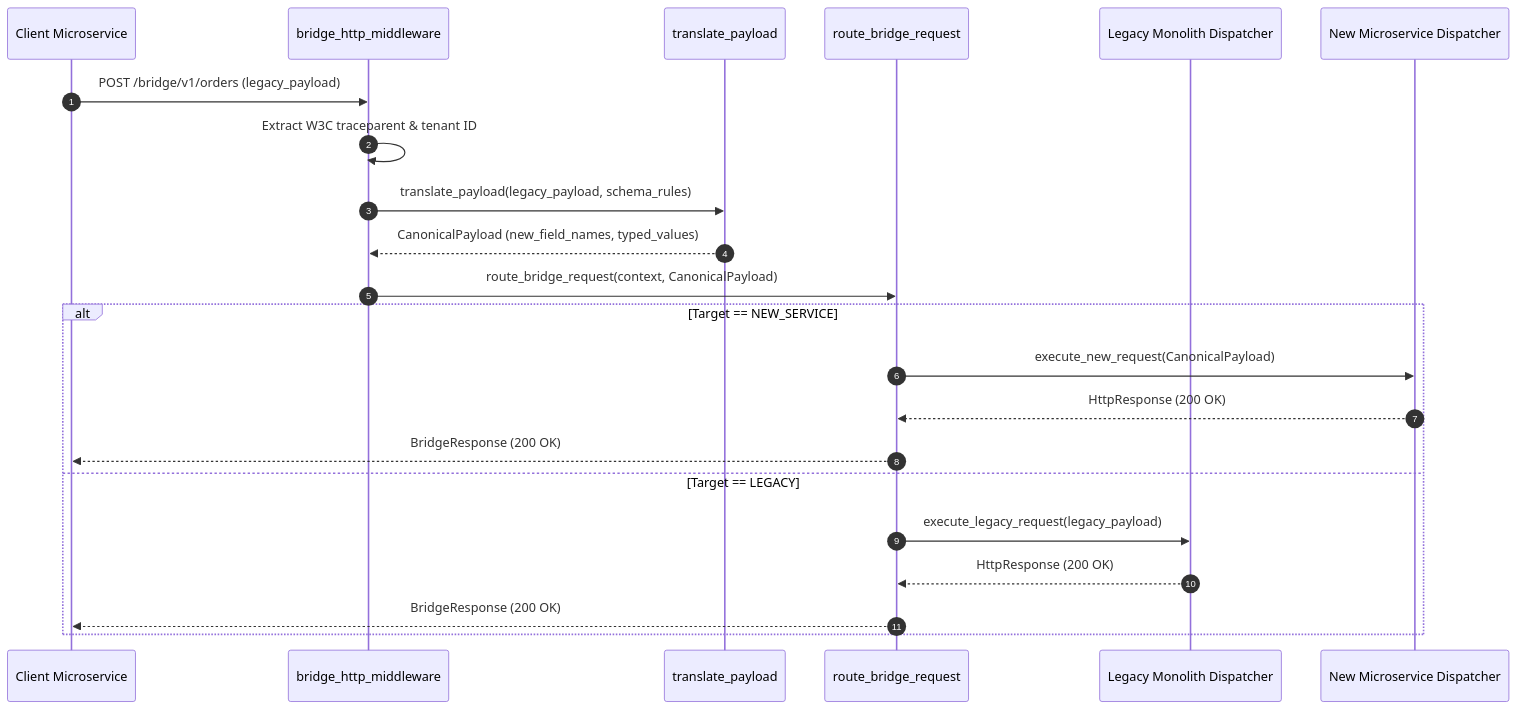
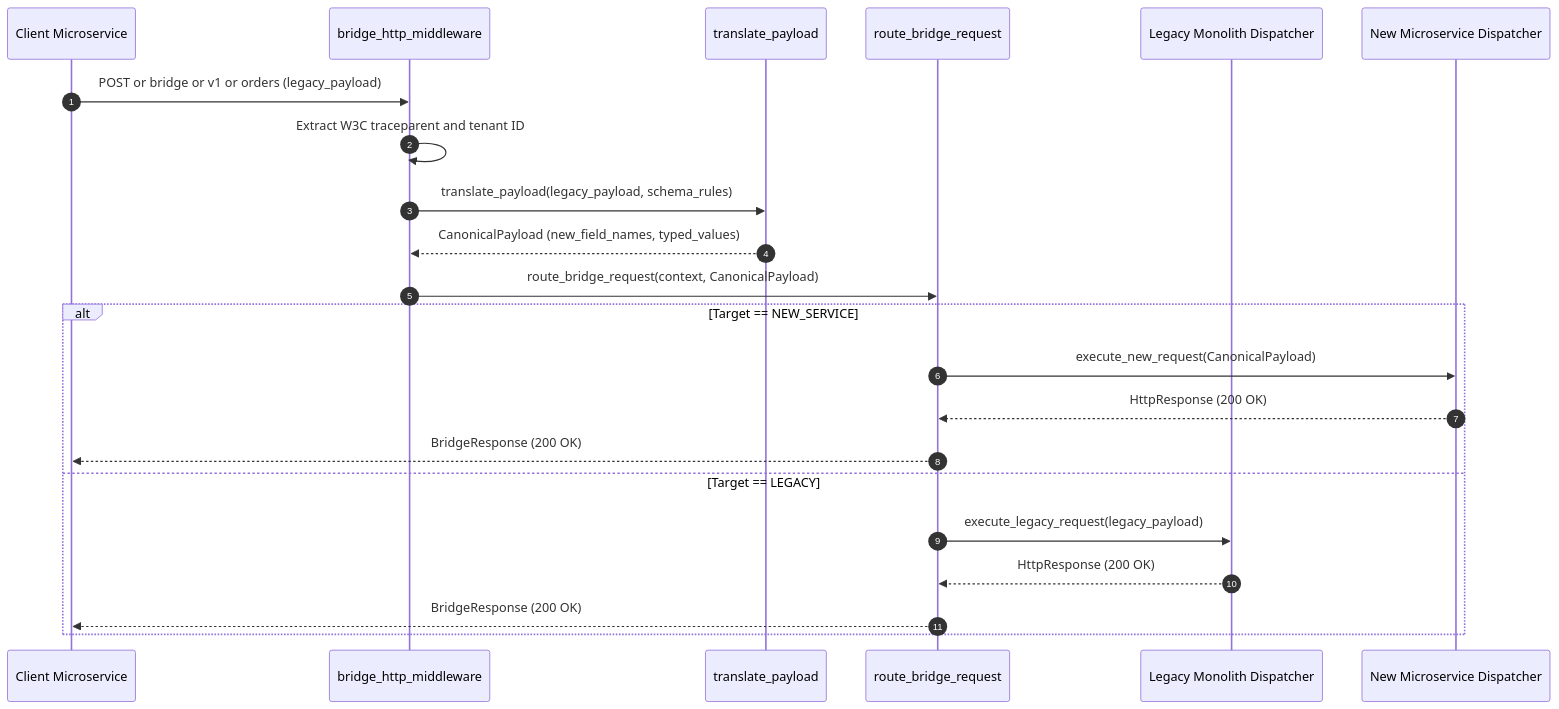
One commit to Chief-Strategist-J/llm-observability-platform changed the second of 2 diagrams in notebooks/runbooks/refs/10-core-patterns-and-cutover/migration-bridge-adapter.md. Above: the diagram before and after it, drawn with Mermaid. The commit also changed 35 other files, not shown here.

Commit message:
fix(docs): resolve sequence diagram message label syntax errors across runbook suite

````diff
--- a/notebooks/runbooks/refs/10-core-patterns-and-cutover/migration-bridge-adapter.md
+++ b/notebooks/runbooks/refs/10-core-patterns-and-cutover/migration-bridge-adapter.md
@@ -64,28 +64,28 @@
 ```mermaid
 sequenceDiagram
     autonumber
     participant App as Client Microservice
     participant Middleware as bridge_http_middleware
     participant Translator as translate_payload
     participant Router as route_bridge_request
     participant Legacy as Legacy Monolith Dispatcher
     participant NewService as New Microservice Dispatcher
 
-    App->>Middleware: POST /bridge/v1/orders (legacy_payload)
-    Middleware->>Middleware: Extract W3C traceparent & tenant ID
+    App->>Middleware: POST or bridge or v1 or orders (legacy_payload)
+    Middleware->>Middleware: Extract W3C traceparent and tenant ID
     
     Middleware->>Translator: translate_payload(legacy_payload, schema_rules)
     Translator-->>Middleware: CanonicalPayload (new_field_names, typed_values)
 
     Middleware->>Router: route_bridge_request(context, CanonicalPayload)
     
     alt Target == NEW_SERVICE
         Router->>NewService: execute_new_request(CanonicalPayload)
         NewService-->>Router: HttpResponse (200 OK)
         Router-->>App: BridgeResponse (200 OK)
     else Target == LEGACY
         Router->>Legacy: execute_legacy_request(legacy_payload)
         Legacy-->>Router: HttpResponse (200 OK)
         Router-->>App: BridgeResponse (200 OK)
     end
 ```
````
